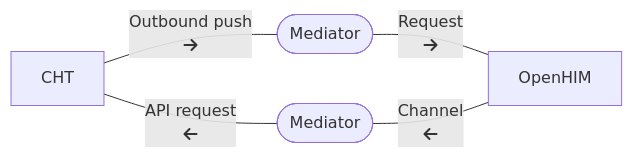
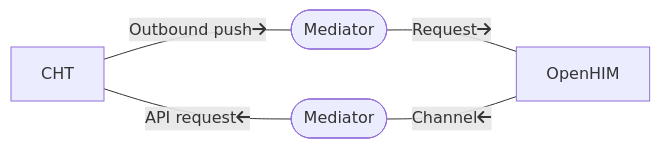
One commit to medic/cht-docs changed the diagram in content/en/building/concepts/interoperability.md. Above: the diagram before and after it, drawn with Mermaid. The commit also changed 1 other file, not shown here.

Commit message:
Remove /n in mermaid charts

````diff
--- a/content/en/building/concepts/interoperability.md
+++ b/content/en/building/concepts/interoperability.md
@@ -24,12 +24,12 @@
 ```mermaid
 graph LR
 cht[CHT]
 mediator_a([Mediator])
 mediator_b([Mediator])
 openhim[OpenHIM]
 
-cht -- Outbound push\nfa:fa-arrow-right --- mediator_a
-cht -- API request\nfa:fa-arrow-left --- mediator_b
-mediator_a -- Request\nfa:fa-arrow-right --- openhim
-mediator_b -- Channel\nfa:fa-arrow-left --- openhim
+cht -- Outbound pushfa:fa-arrow-right --- mediator_a
+cht -- API requestfa:fa-arrow-left --- mediator_b
+mediator_a -- Requestfa:fa-arrow-right --- openhim
+mediator_b -- Channelfa:fa-arrow-left --- openhim
 ```
````
